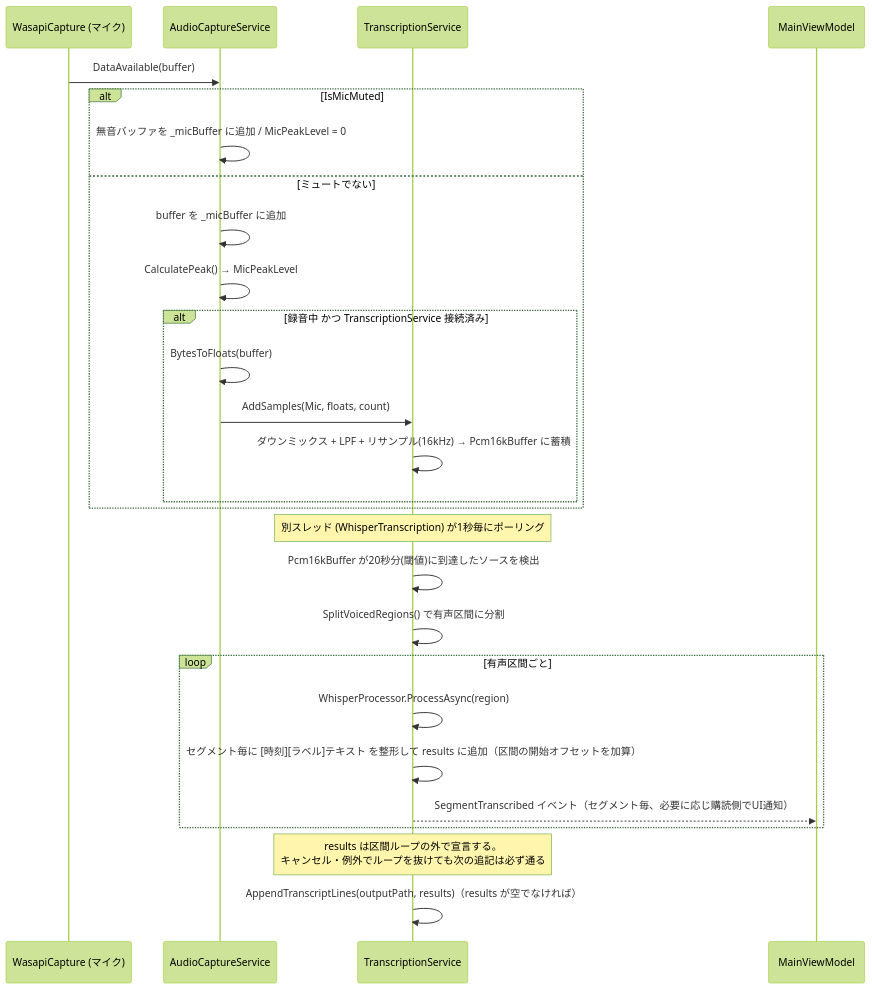
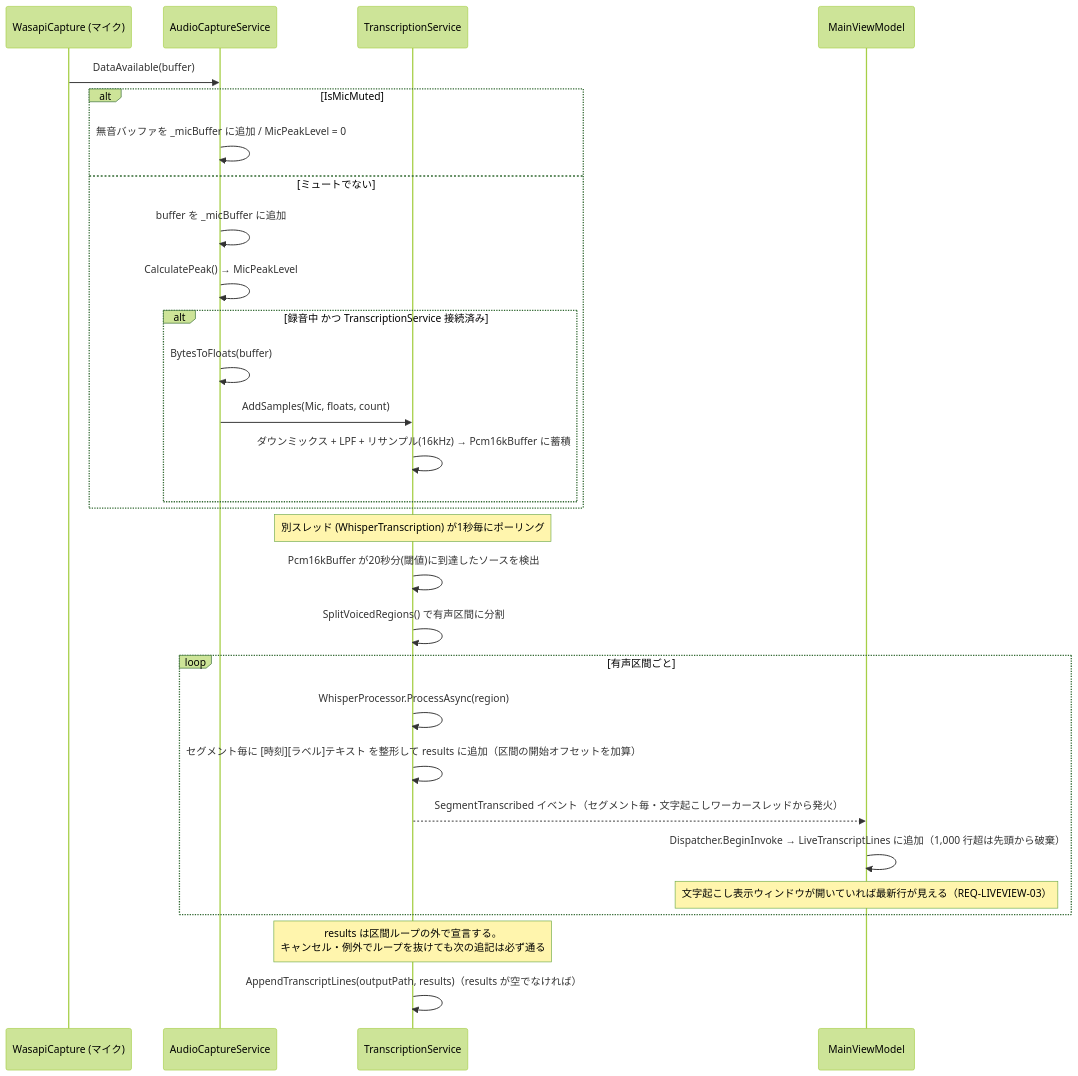
The third of 7 diagrams in docs/spec/04_sequence_diagram.md (otomac/audio-capture-app), drawn with Mermaid (forest theme) before and after one commit. The commit also changed 12 other files, not shown here.

````diff
--- a/docs/spec/04_sequence_diagram.md
+++ b/docs/spec/04_sequence_diagram.md
@@ -80,31 +80,33 @@
 ```mermaid
 sequenceDiagram
     participant Mic as WasapiCapture (マイク)
     participant ACS as AudioCaptureService
     participant TS as TranscriptionService
     participant VM as MainViewModel
 
     Mic->>ACS: DataAvailable(buffer)
     alt IsMicMuted
         ACS->>ACS: 無音バッファを _micBuffer に追加 / MicPeakLevel = 0
     else ミュートでない
         ACS->>ACS: buffer を _micBuffer に追加
         ACS->>ACS: CalculatePeak() → MicPeakLevel
         alt 録音中 かつ TranscriptionService 接続済み
             ACS->>ACS: BytesToFloats(buffer)
             ACS->>TS: AddSamples(Mic, floats, count)
             TS->>TS: ダウンミックス + LPF + リサンプル(16kHz) → Pcm16kBuffer に蓄積
         end
     end
 
     Note over TS: 別スレッド (WhisperTranscription) が1秒毎にポーリング
     TS->>TS: Pcm16kBuffer が20秒分(閾値)に到達したソースを検出
     TS->>TS: SplitVoicedRegions() で有声区間に分割
     loop 有声区間ごと
         TS->>TS: WhisperProcessor.ProcessAsync(region)
         TS->>TS: セグメント毎に [時刻][ラベル]テキスト を整形して results に追加（区間の開始オフセットを加算）
-        TS-->>VM: SegmentTranscribed イベント（セグメント毎、必要に応じ購読側でUI通知）
+        TS-->>VM: SegmentTranscribed イベント（セグメント毎・文字起こしワーカースレッドから発火）
+        VM->>VM: Dispatcher.BeginInvoke → LiveTranscriptLines に追加（1,000 行超は先頭から破棄）
+        Note over VM: 文字起こし表示ウィンドウが開いていれば最新行が見える（REQ-LIVEVIEW-03）
     end
     Note over TS: results は区間ループの外で宣言する。<br/>キャンセル・例外でループを抜けても次の追記は必ず通る
     TS->>TS: AppendTranscriptLines(outputPath, results)（results が空でなければ）
 ```
````
